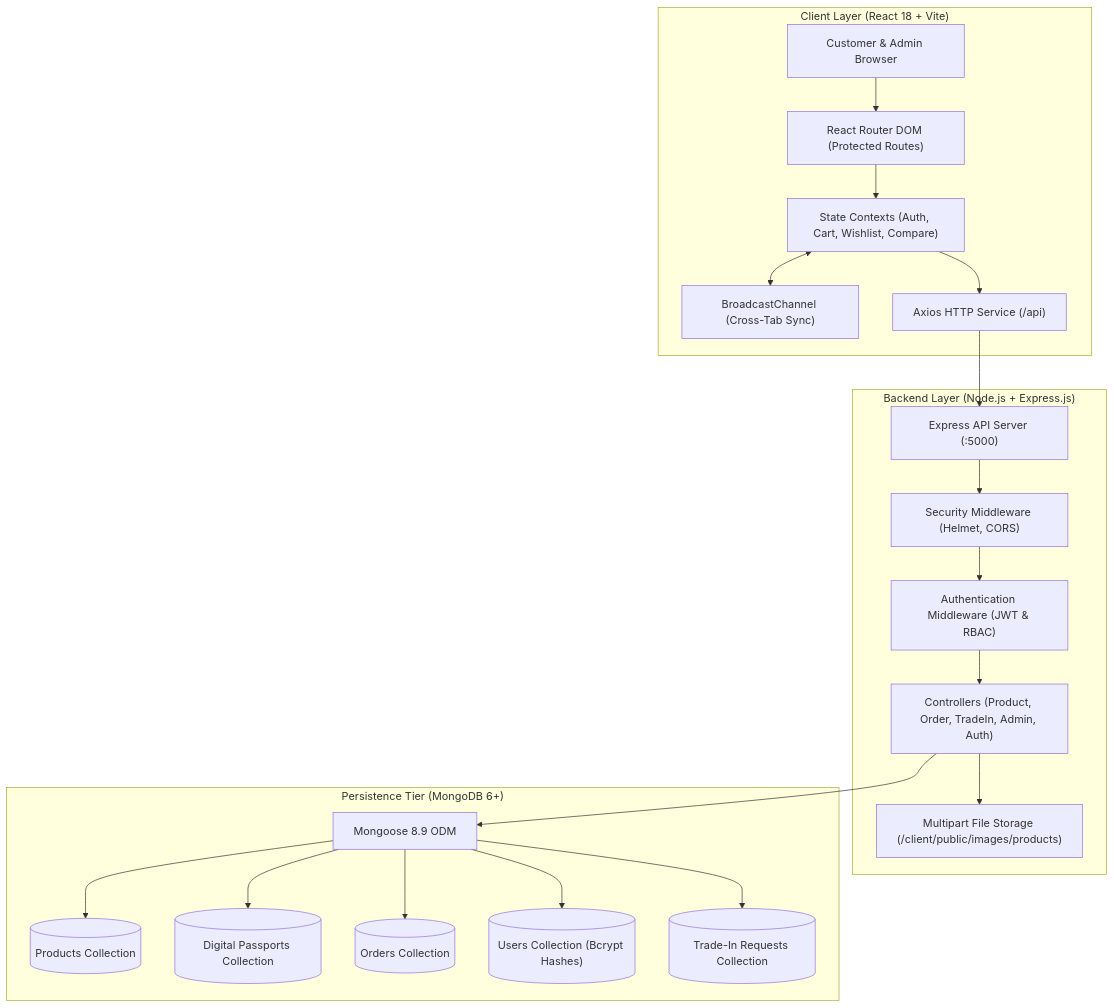
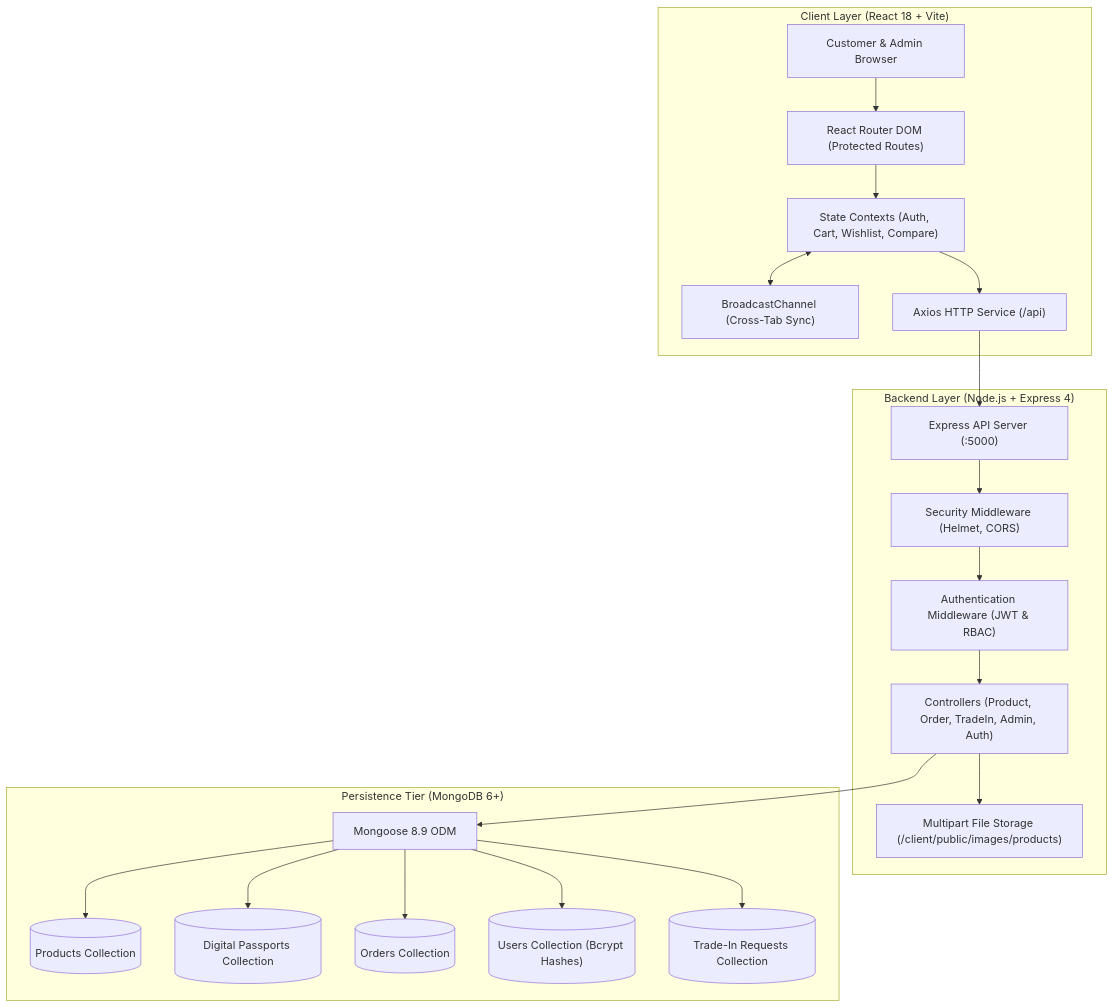
The diagram in README.md (kingston-shasanth/RELOOP-refurbished-electronics-marketplace), drawn with Mermaid before and after one commit. The commit also changed other lines of this file, not shown here.

````diff
--- a/README.md
+++ b/README.md
@@ -86,45 +121,45 @@
 ```mermaid
 flowchart TD
     subgraph ClientLayer ["Client Layer (React 18 + Vite)"]
         Browser["Customer & Admin Browser"]
         Router["React Router DOM (Protected Routes)"]
         Contexts["State Contexts (Auth, Cart, Wishlist, Compare)"]
         Sync["BroadcastChannel (Cross-Tab Sync)"]
         AxiosClient["Axios HTTP Service (/api)"]
 
         Browser --> Router
         Router --> Contexts
         Contexts <--> Sync
         Contexts --> AxiosClient
     end
 
-    subgraph ServerLayer ["Backend Layer (Node.js + Express.js)"]
+    subgraph ServerLayer ["Backend Layer (Node.js + Express 4)"]
         ExpressApp["Express API Server (:5000)"]
         SecurityMW["Security Middleware (Helmet, CORS)"]
         AuthMW["Authentication Middleware (JWT & RBAC)"]
         Controllers["Controllers (Product, Order, TradeIn, Admin, Auth)"]
         MulterStorage["Multipart File Storage (/client/public/images/products)"]
 
         AxiosClient --> ExpressApp
         ExpressApp --> SecurityMW
         SecurityMW --> AuthMW
         AuthMW --> Controllers
         Controllers --> MulterStorage
     end
 
     subgraph DataLayer ["Persistence Tier (MongoDB 6+)"]
         MongooseODM["Mongoose 8.9 ODM"]
         DBProducts[("Products Collection")]
         DBPassports[("Digital Passports Collection")]
         DBOrders[("Orders Collection")]
         DBUsers[("Users Collection (Bcrypt Hashes)")]
         DBTradeIns[("Trade-In Requests Collection")]
 
         Controllers --> MongooseODM
         MongooseODM --> DBProducts
         MongooseODM --> DBPassports
         MongooseODM --> DBOrders
         MongooseODM --> DBUsers
         MongooseODM --> DBTradeIns
     end
 ```
````
